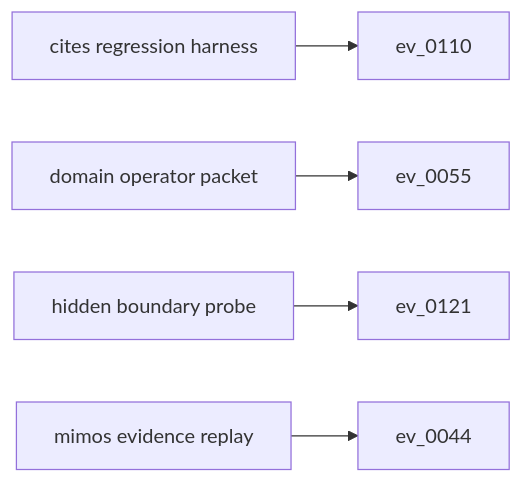
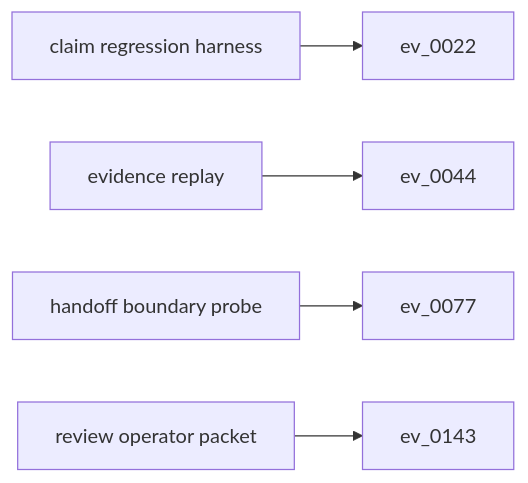
Before and after one commit to t7r0n/cite-or-lie: the diagram in outputs/trace_graph.mmd, drawn with Mermaid. The commit also changed 21 other files, not shown here.

```diff
--- a/outputs/trace_graph.mmd
+++ b/outputs/trace_graph.mmd
@@ -1,13 +1,13 @@
 flowchart LR
-  s0["cites regression harness"]
-  e0["ev_0110"]
+  s0["claim regression harness"]
+  e0["ev_0022"]
   s0 --> e0
-  s1["domain operator packet"]
-  e1["ev_0055"]
+  s1["evidence replay"]
+  e1["ev_0044"]
   s1 --> e1
-  s2["hidden boundary probe"]
-  e2["ev_0121"]
+  s2["handoff boundary probe"]
+  e2["ev_0077"]
   s2 --> e2
-  s3["mimos evidence replay"]
-  e3["ev_0044"]
+  s3["review operator packet"]
+  e3["ev_0143"]
   s3 --> e3
```
